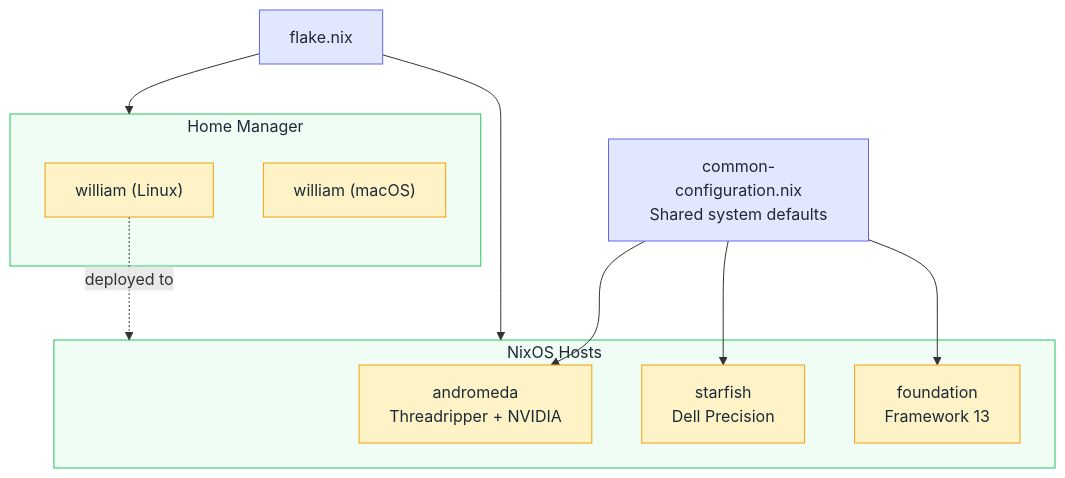
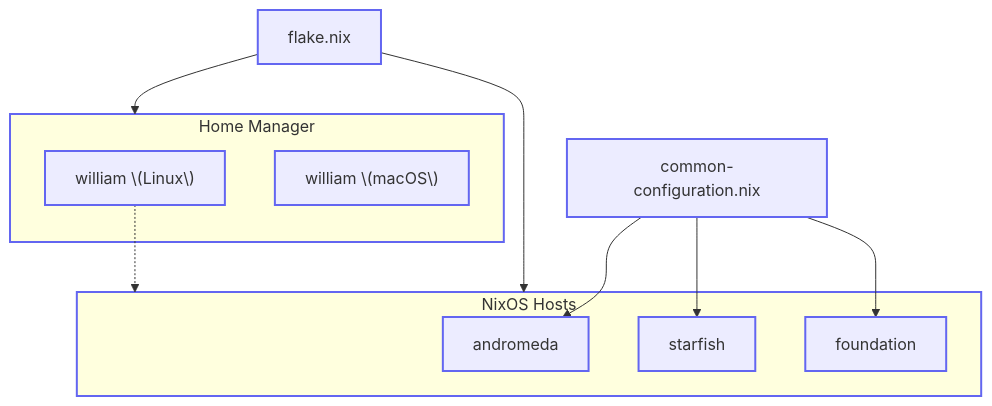
The diagram in docs/diagrams/src/architecture.mmd (willfish/nix), drawn with Mermaid before and after one commit. The commit also changed 3 other files, not shown here.

First line of the commit message:
Fix Mermaid parsing error in README diagrams

```diff
--- a/docs/diagrams/src/architecture.mmd
+++ b/docs/diagrams/src/architecture.mmd
@@ -1,27 +1,22 @@
 flowchart TD
-    FLAKE["flake.nix"]
-    COMMON["common-configuration.nix<br/>Shared system defaults"]
+    FLAKE[flake.nix]
+    COMMON[common-configuration.nix]
 
-    subgraph HOSTS ["NixOS Hosts"]
-        ANDROMEDA["andromeda<br/>Threadripper + NVIDIA"]
-        STARFISH["starfish<br/>Dell Precision"]
-        FOUNDATION["foundation<br/>Framework 13"]
+    subgraph HOSTS [NixOS Hosts]
+        ANDROMEDA[andromeda]
+        STARFISH[starfish]
+        FOUNDATION[foundation]
     end
 
-    subgraph HM ["Home Manager"]
-        HM_LINUX["william (Linux)"]
-        HM_DARWIN["william (macOS)"]
+    subgraph HM [Home Manager]
+        HM_LINUX["william \(Linux\)"]
+        HM_DARWIN["william \(macOS\)"]
     end
 
     FLAKE --> HOSTS
     FLAKE --> HM
     COMMON --> ANDROMEDA & STARFISH & FOUNDATION
-    HM_LINUX -.->|deployed to| HOSTS
+    HM_LINUX -.-> HOSTS
 
-    classDef primary fill:#e0e7ff,stroke:#6366f1,color:#1e2937
-    classDef secondary fill:#f0fdf4,stroke:#22c55e,color:#1e2937
-    classDef accent fill:#fef3c7,stroke:#f59e0b,color:#1e2937
-
-    class FLAKE,COMMON primary
-    class HOSTS,HM secondary
-    class ANDROMEDA,STARFISH,FOUNDATION,HM_LINUX,HM_DARWIN accent
+    classDef box stroke:#6366f1,stroke-width:2px
+    class FLAKE,COMMON,HOSTS,HM,ANDROMEDA,STARFISH,FOUNDATION,HM_LINUX,HM_DARWIN box
```
